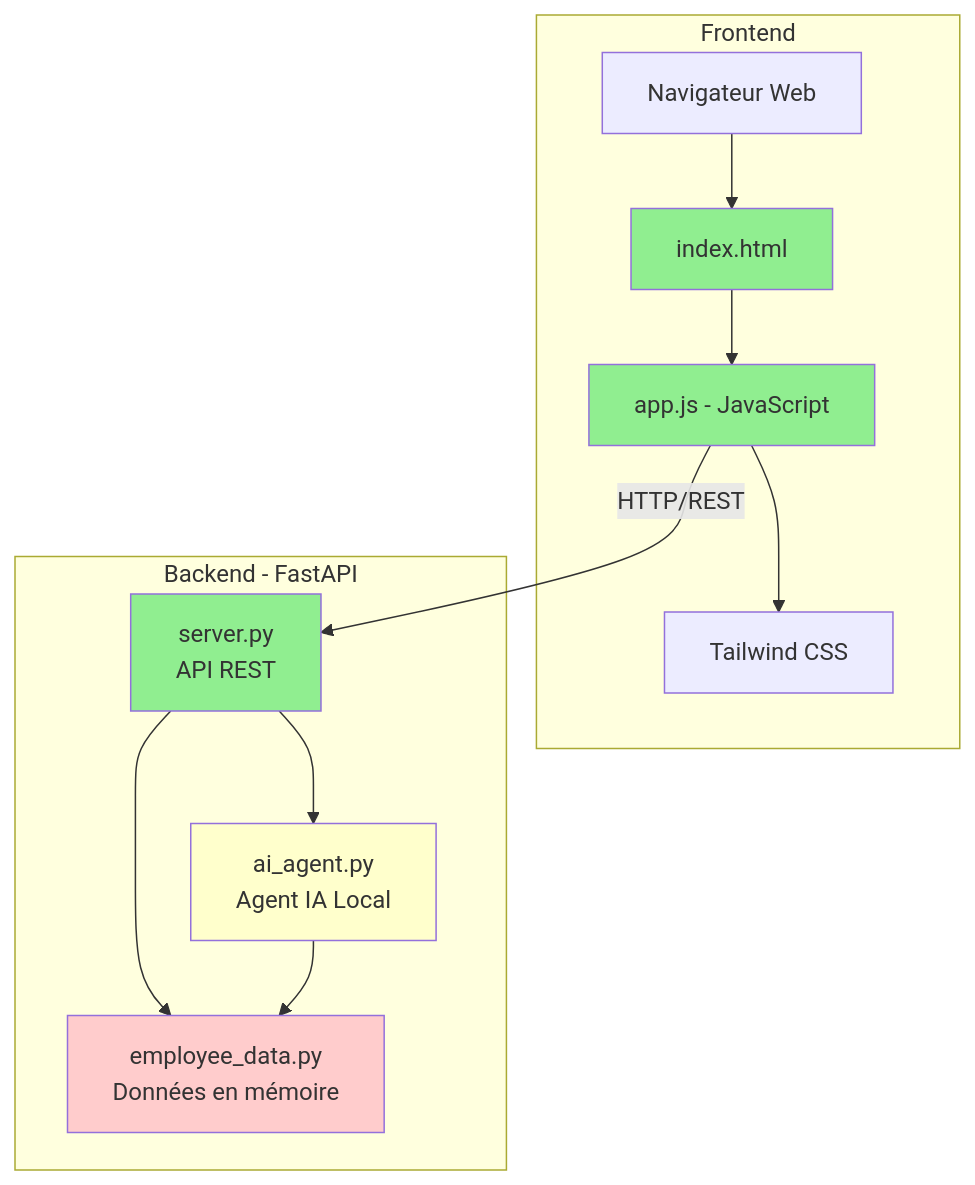
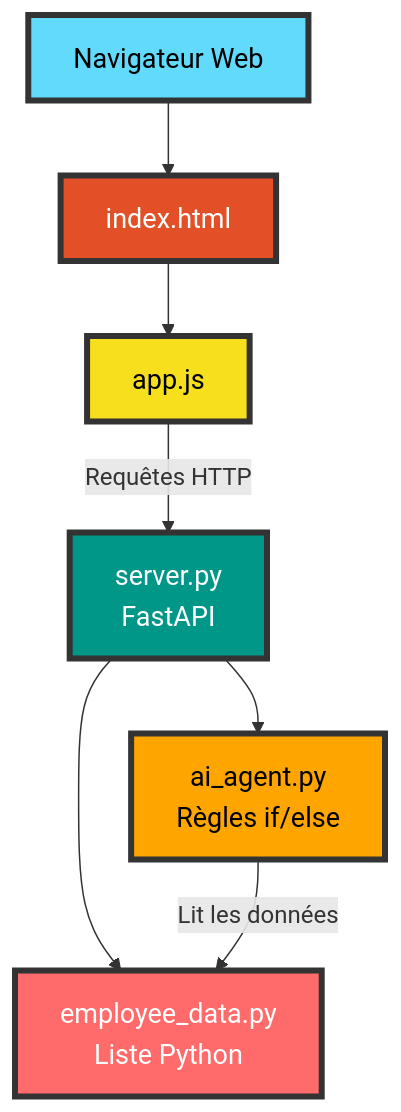
The second of 15 diagrams in documentation/00-ARCHITECTURE.md (inskillflow/awsbedrock-demo-1-inmemory), drawn with Mermaid before and after one commit. The commit also changed other lines of this file, not shown here.

First line of the commit message:
docs: amélioration de la visibilité des diagrammes d'architecture

````diff
--- a/documentation/00-ARCHITECTURE.md
+++ b/documentation/00-ARCHITECTURE.md
@@ -28,30 +51,25 @@
 ```mermaid
 graph TB
-    subgraph "Frontend"
-        Browser[Navigateur Web]
-        HTML[index.html]
-        JS[app.js - JavaScript]
-        CSS[Tailwind CSS]
-    end
+    Browser[Navigateur Web]
+    HTML[index.html]
+    JS[app.js]
     
-    subgraph "Backend - FastAPI"
-        API[server.py<br/>API REST]
-        Data[employee_data.py<br/>Données en mémoire]
-        AI[ai_agent.py<br/>Agent IA Local]
-    end
+    API[server.py<br/>FastAPI]
+    Data[employee_data.py<br/>Liste Python]
+    AI[ai_agent.py<br/>Règles if/else]
     
     Browser --> HTML
     HTML --> JS
-    JS --> CSS
-    JS -->|HTTP/REST| API
+    JS -->|Requêtes HTTP| API
     
     API --> Data
     API --> AI
-    AI --> Data
+    AI -->|Lit les données| Data
     
-    style Data fill:#ffcccc
-    style AI fill:#ffffcc
-    
-    classDef current fill:#90EE90
-    class API,HTML,JS current
+    style Browser fill:#61DAFB,stroke:#333,stroke-width:4px,color:#000,font-size:18px
+    style HTML fill:#E34F26,stroke:#333,stroke-width:4px,color:#fff,font-size:18px
+    style JS fill:#F7DF1E,stroke:#333,stroke-width:4px,color:#000,font-size:18px
+    style API fill:#009688,stroke:#333,stroke-width:4px,color:#fff,font-size:18px
+    style Data fill:#FF6B6B,stroke:#333,stroke-width:4px,color:#fff,font-size:18px
+    style AI fill:#FFA500,stroke:#333,stroke-width:4px,color:#000,font-size:18px
 ```
````
